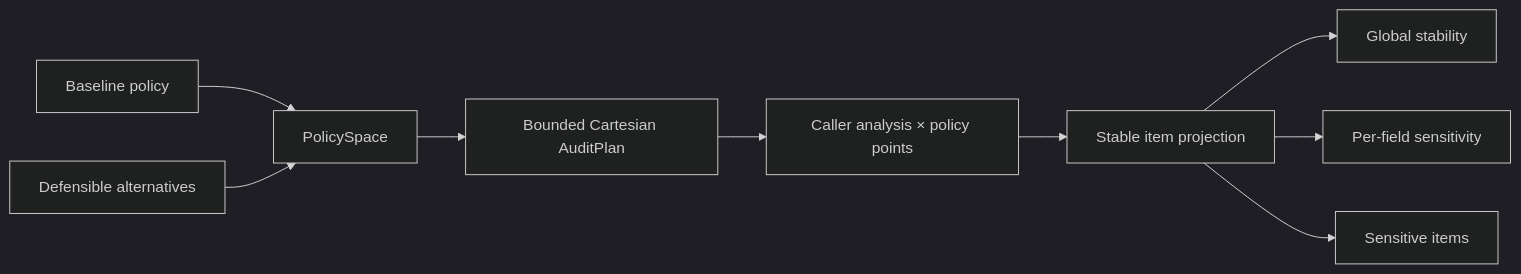
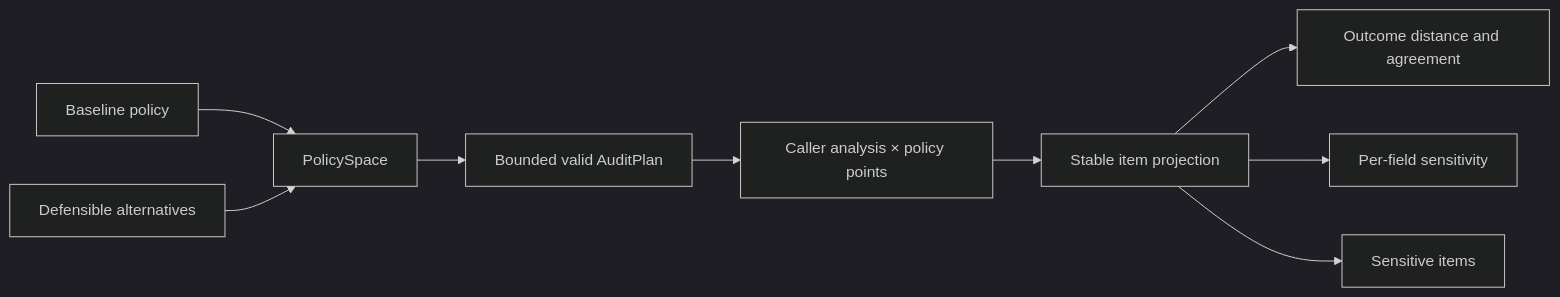
One commit to miguelcsx/molframe changed the diagram in crates/molframe-audit/README.md. Above: the diagram before and after it, drawn with Mermaid (dark theme). The commit also changed other lines of this file and 48 other files, not shown here.

````diff
--- a/crates/molframe-audit/README.md
+++ b/crates/molframe-audit/README.md
@@ -7,13 +7,13 @@
 ```mermaid
 flowchart LR
     Baseline["Baseline policy"] --> Space["PolicySpace"]
     Alternatives["Defensible alternatives"] --> Space
 
-    Space --> Plan["Bounded Cartesian AuditPlan"]
+    Space --> Plan["Bounded valid AuditPlan"]
     Plan --> Runs["Caller analysis × policy points"]
     Runs --> Project["Stable item projection"]
 
-    Project --> Global["Global stability"]
+    Project --> Global["Outcome distance and agreement"]
     Project --> Dimension["Per-field sensitivity"]
     Project --> Items["Sensitive items"]
 ```
````
